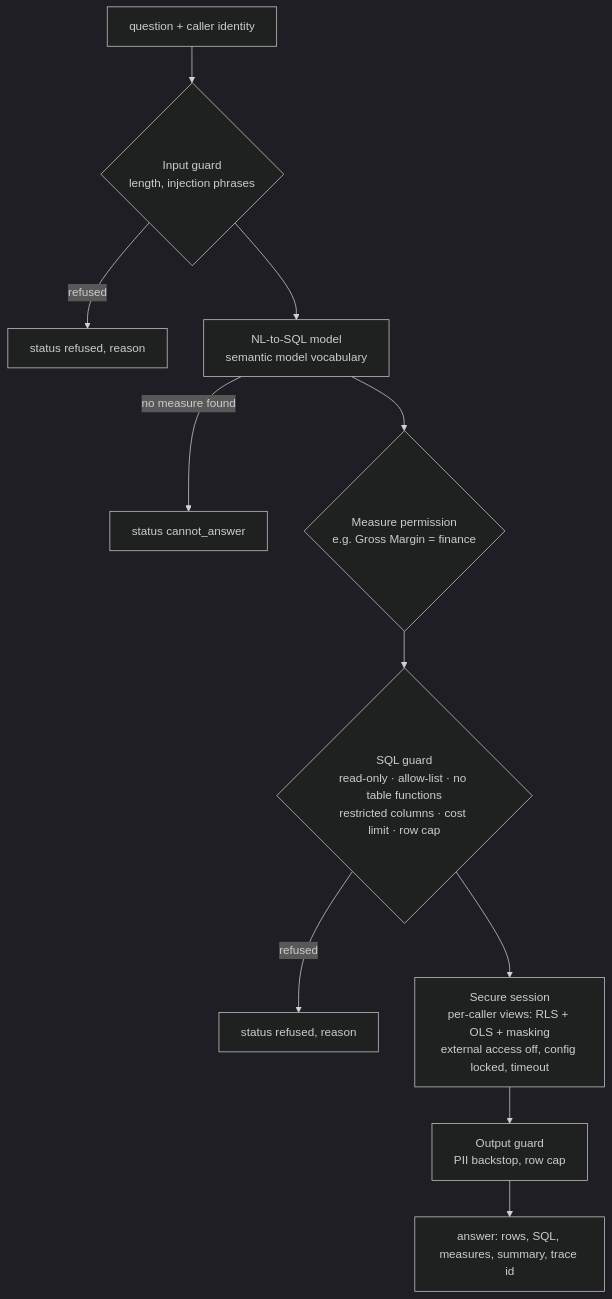
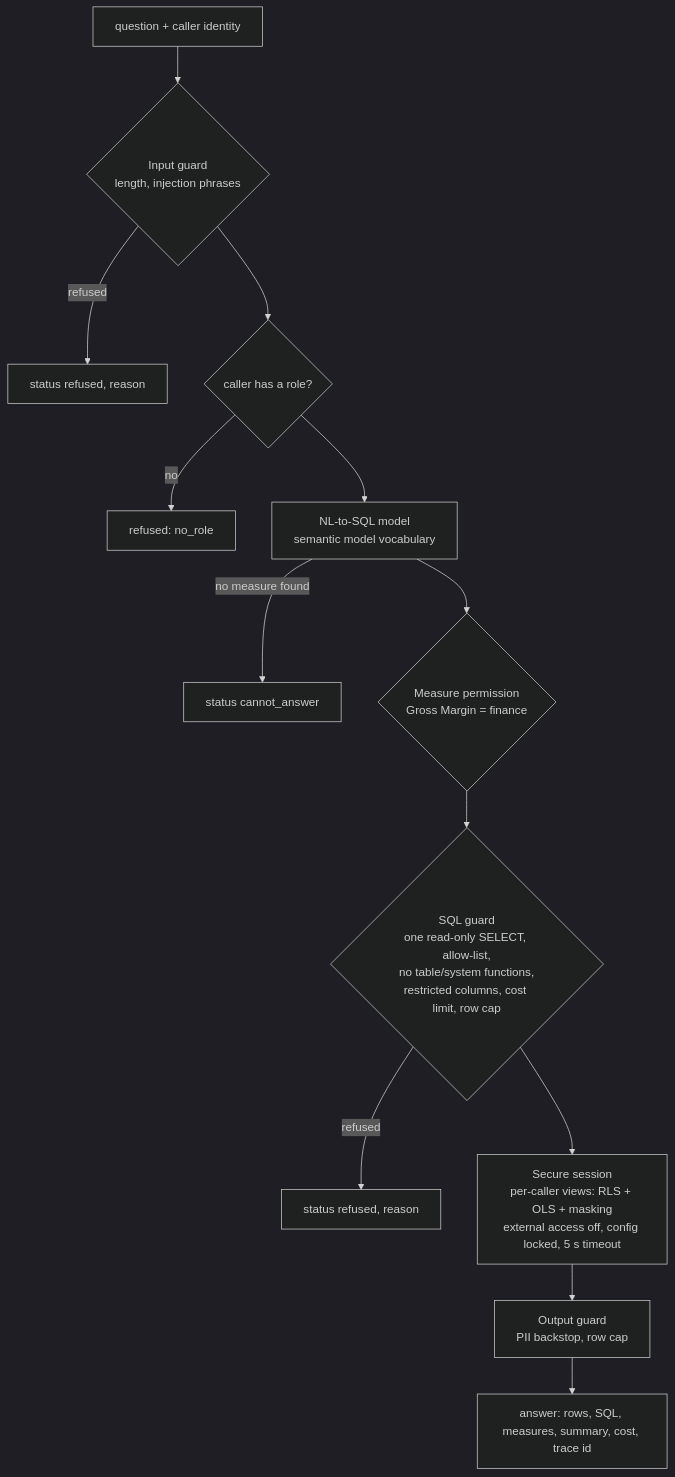
Before and after one commit to jagadishmazure-jpg/Jagadish-fabric-enterprise-bi: the diagram in docs/data-agent.md, drawn with Mermaid (dark theme). The commit also changed other lines of this file, not shown here.

````diff
--- a/docs/data-agent.md
+++ b/docs/data-agent.md
@@ -9,13 +11,15 @@
 ```mermaid
 flowchart TB
   Q[question + caller identity] --> IG{Input guard<br/>length, injection phrases}
   IG -->|refused| R1[status refused, reason]
-  IG --> NL[NL-to-SQL model<br/>semantic model vocabulary]
+  IG --> ID{caller has a role?}
+  ID -->|no| R0[refused: no_role]
+  ID --> NL[NL-to-SQL model<br/>semantic model vocabulary]
   NL -->|no measure found| CA[status cannot_answer]
-  NL --> MP{Measure permission<br/>e.g. Gross Margin = finance}
-  MP --> SG{SQL guard<br/>read-only · allow-list · no table functions<br/>restricted columns · cost limit · row cap}
+  NL --> MP{Measure permission<br/>Gross Margin = finance}
+  MP --> SG{SQL guard<br/>one read-only SELECT, allow-list,<br/>no table/system functions,<br/>restricted columns, cost limit, row cap}
   SG -->|refused| R2[status refused, reason]
-  SG --> SS[Secure session<br/>per-caller views: RLS + OLS + masking<br/>external access off, config locked, timeout]
+  SG --> SS[Secure session<br/>per-caller views: RLS + OLS + masking<br/>external access off, config locked, 5 s timeout]
   SS --> OG[Output guard<br/>PII backstop, row cap]
-  OG --> A[answer: rows, SQL, measures, summary, trace id]
+  OG --> A[answer: rows, SQL, measures, summary, cost, trace id]
 ```
````
